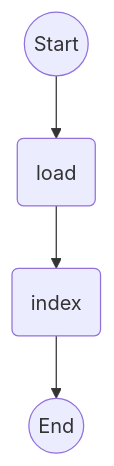
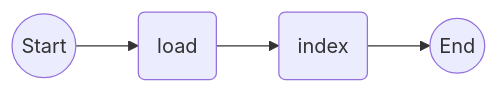
The first of 3 diagrams in examples/fel-example/05-retrieval/README.md (wuayee/app-platform), drawn with Mermaid before and after one commit. The commit also changed other lines of this file and 7 other files, not shown here.

````diff
--- a/examples/fel-example/05-retrieval/README.md
+++ b/examples/fel-example/05-retrieval/README.md
@@ -156,7 +154,7 @@
 ```mermaid
-graph TD;
+graph LR;
 start((Start))
 start-->node0(load)
 node1-->end2((End))
 node0-->node1(index)
 ```
````
